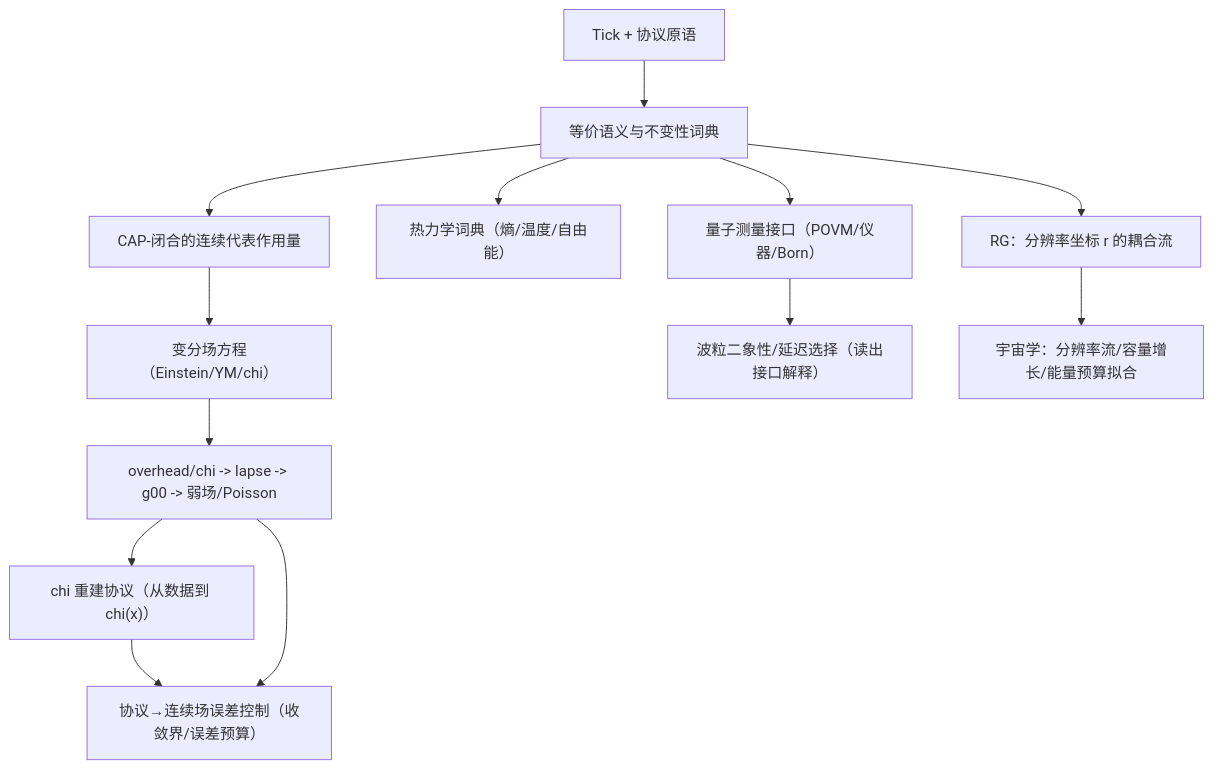
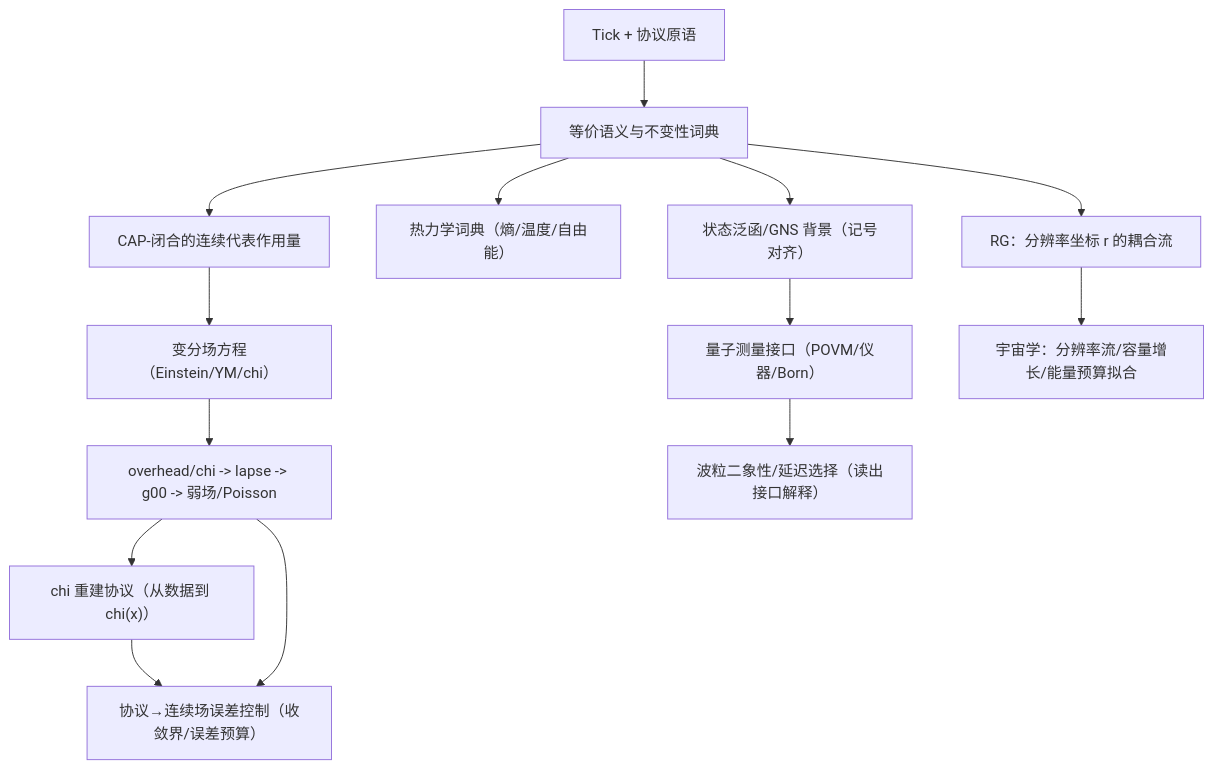
Before and after one commit to loning/the-omega: the diagram in docs/papers/2025_z128_standard_model_stable_sector_hpa_omega/theory_closure_tracker.md, drawn with Mermaid. The commit also changed other lines of this file and 6 other files, not shown here.

````diff
--- a/docs/papers/2025_z128_standard_model_stable_sector_hpa_omega/theory_closure_tracker.md
+++ b/docs/papers/2025_z128_standard_model_stable_sector_hpa_omega/theory_closure_tracker.md
@@ -43,15 +43,16 @@
 ```mermaid
 flowchart TD
   A["Tick + 协议原语"] --> B["等价语义与不变性词典"]
   B --> C["CAP-闭合的连续代表作用量"]
   C --> D["变分场方程（Einstein/YM/chi）"]
   B --> E["热力学词典（熵/温度/自由能）"]
   D --> F["overhead/chi -> lapse -> g00 -> 弱场/Poisson"]
   F --> G["chi 重建协议（从数据到 chi(x)）"]
   G --> K["协议→连续场误差控制（收敛界/误差预算）"]
   F --> K
-  B --> H["量子测量接口（POVM/仪器/Born）"]
+  B --> H0["状态泛函/GNS 背景（记号对齐）"]
+  H0 --> H["量子测量接口（POVM/仪器/Born）"]
   H --> H2["波粒二象性/延迟选择（读出接口解释）"]
   B --> I["RG：分辨率坐标 r 的耦合流"]
   I --> J["宇宙学：分辨率流/容量增长/能量预算拟合"]
 ```
````
